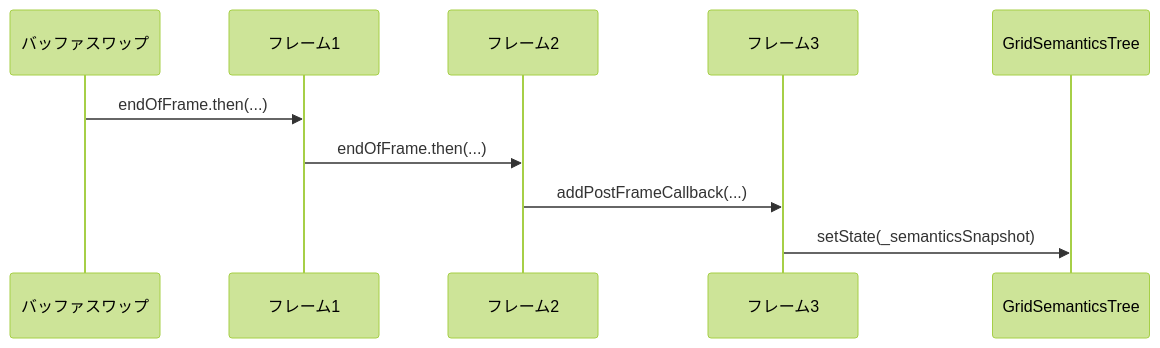
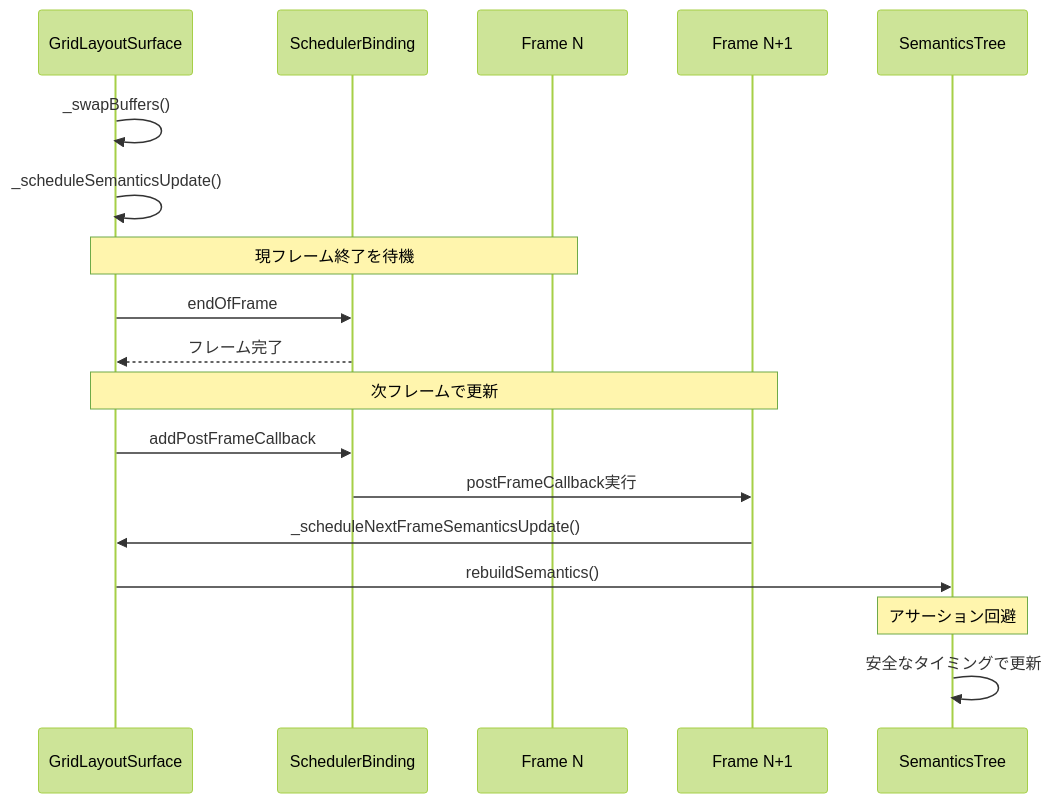
The seventh of 11 diagrams in docs/architecture/grid_rendering_pipeline.md (lietsee/clip-pix), drawn with Mermaid (forest theme) before and after one commit. The commit also changed other lines of this file, not shown here.

First line of the commit message:
docs: enhance grid rendering pipeline documentation

````diff
--- a/docs/architecture/grid_rendering_pipeline.md
+++ b/docs/architecture/grid_rendering_pipeline.md
@@ -224,13 +360,26 @@
 ```mermaid
 sequenceDiagram
-    participant Swap as バッファスワップ
-    participant Frame1 as フレーム1
-    participant Frame2 as フレーム2
-    participant Frame3 as フレーム3
-    participant Semantics as GridSemanticsTree
+    participant Surface as GridLayoutSurface
+    participant Scheduler as SchedulerBinding
+    participant Frame1 as Frame N
+    participant Frame2 as Frame N+1
+    participant Semantics as SemanticsTree
 
-    Swap->>Frame1: endOfFrame.then(...)
-    Frame1->>Frame2: endOfFrame.then(...)
-    Frame2->>Frame3: addPostFrameCallback(...)
-    Frame3->>Semantics: setState(_semanticsSnapshot)
+    Surface->>Surface: _swapBuffers()
+    Surface->>Surface: _scheduleSemanticsUpdate()
+
+    Note over Surface,Frame1: 現フレーム終了を待機
+    Surface->>Scheduler: endOfFrame
+
+    Scheduler-->>Surface: フレーム完了
+    Note over Surface,Frame2: 次フレームで更新
+
+    Surface->>Scheduler: addPostFrameCallback
+    Scheduler->>Frame2: postFrameCallback実行
+
+    Frame2->>Surface: _scheduleNextFrameSemanticsUpdate()
+    Surface->>Semantics: rebuildSemantics()
+
+    Note over Semantics: アサーション回避
+    Semantics->>Semantics: 安全なタイミングで更新
 ```
````
